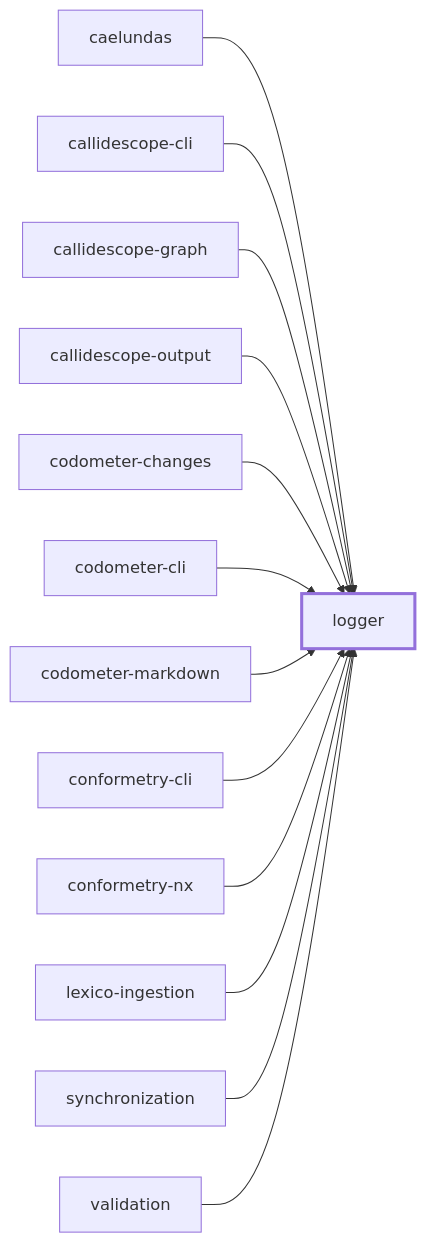
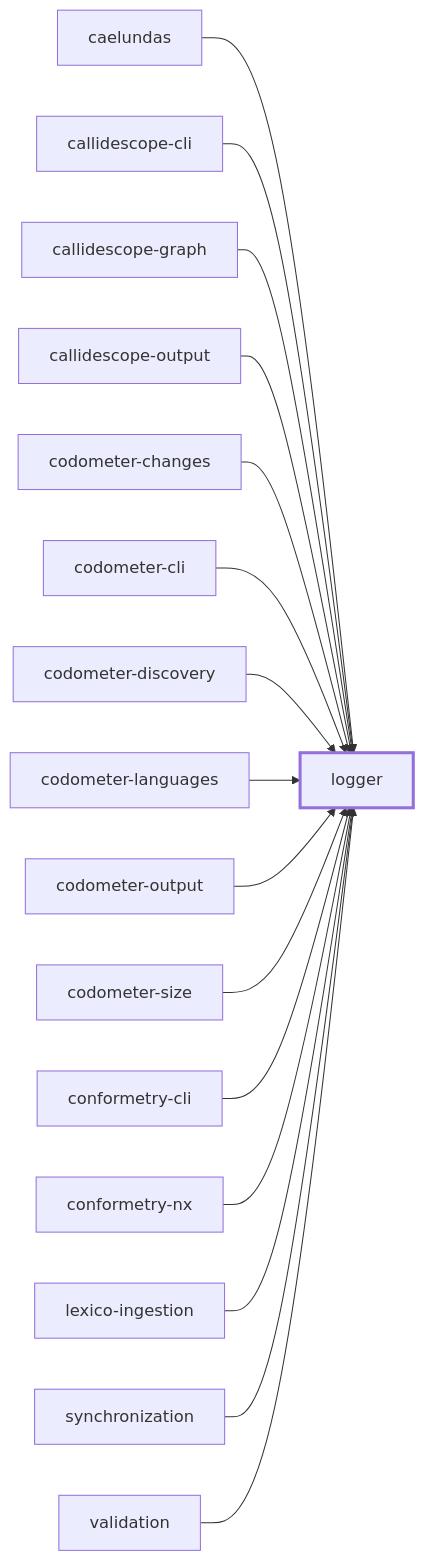
The first of 2 diagrams in packages/logger/README.md (JimmyPaolini/codebase), drawn with Mermaid before and after one commit. The commit also changed 282 other files, not shown here.

````diff
--- a/packages/logger/README.md
+++ b/packages/logger/README.md
@@ -77,30 +77,36 @@
 ```mermaid
 flowchart LR
   caelundas["caelundas"]
   callidescope_cli["callidescope-cli"]
   callidescope_graph["callidescope-graph"]
   callidescope_output["callidescope-output"]
   codometer_changes["codometer-changes"]
   codometer_cli["codometer-cli"]
-  codometer_markdown["codometer-markdown"]
+  codometer_discovery["codometer-discovery"]
+  codometer_languages["codometer-languages"]
+  codometer_output["codometer-output"]
+  codometer_size["codometer-size"]
   conformetry_cli["conformetry-cli"]
   conformetry_nx["conformetry-nx"]
   lexico_ingestion["lexico-ingestion"]
   logger["logger"]
   synchronization["synchronization"]
   validation["validation"]
   caelundas --> logger
   callidescope_cli --> logger
   callidescope_graph --> logger
   callidescope_output --> logger
   codometer_changes --> logger
   codometer_cli --> logger
-  codometer_markdown --> logger
+  codometer_discovery --> logger
+  codometer_languages --> logger
+  codometer_output --> logger
+  codometer_size --> logger
   conformetry_cli --> logger
   conformetry_nx --> logger
   lexico_ingestion --> logger
   synchronization --> logger
   validation --> logger
   classDef subject stroke-width:3px
   class logger subject
 ```
````
